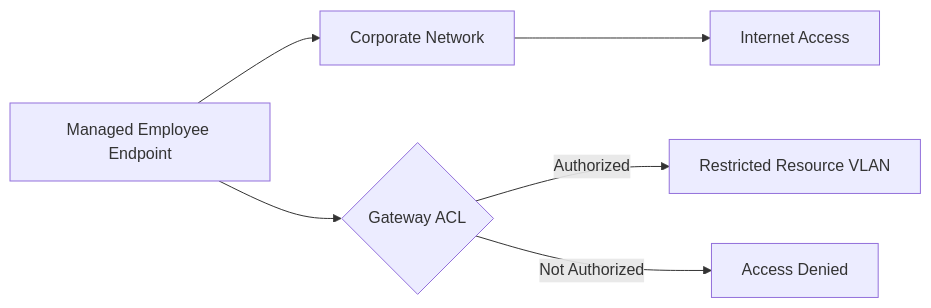
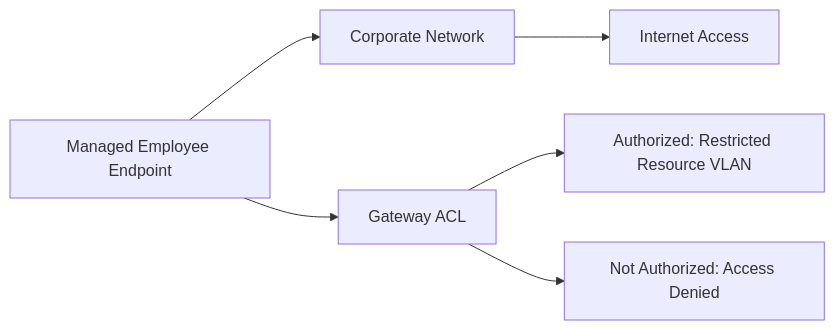
The second of 2 diagrams in README.md (enzomigflores/corporate-network-infrastructure), drawn with Mermaid before and after one commit. The commit also changed other lines of this file, not shown here.

Commit message:
Fix network diagram rendering

````diff
--- a/README.md
+++ b/README.md
@@ -50,8 +50,8 @@
 ```mermaid
-flowchart LR
-    USER[Managed Employee Endpoint] --> LAN[Corporate Network]
-    LAN --> INTERNET[Internet Access]
-    USER --> ACL{Gateway ACL}
-    ACL -->|Authorized| RESOURCE[Restricted Resource VLAN]
-    ACL -->|Not Authorized| DENY[Access Denied]
+graph LR
+    USER["Managed Employee Endpoint"] --> LAN["Corporate Network"]
+    LAN --> INTERNET["Internet Access"]
+    USER --> ACL["Gateway ACL"]
+    ACL --> RESOURCE["Authorized: Restricted Resource VLAN"]
+    ACL --> DENY["Not Authorized: Access Denied"]
 ```
````
